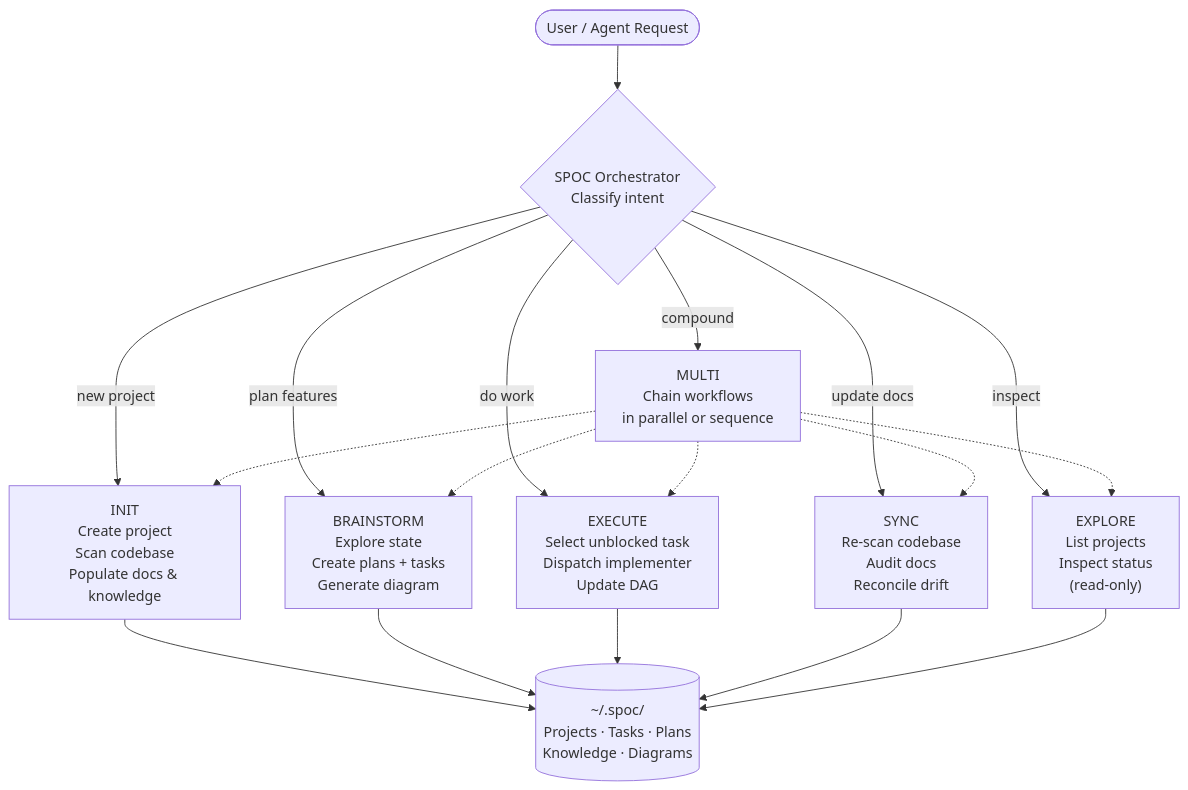
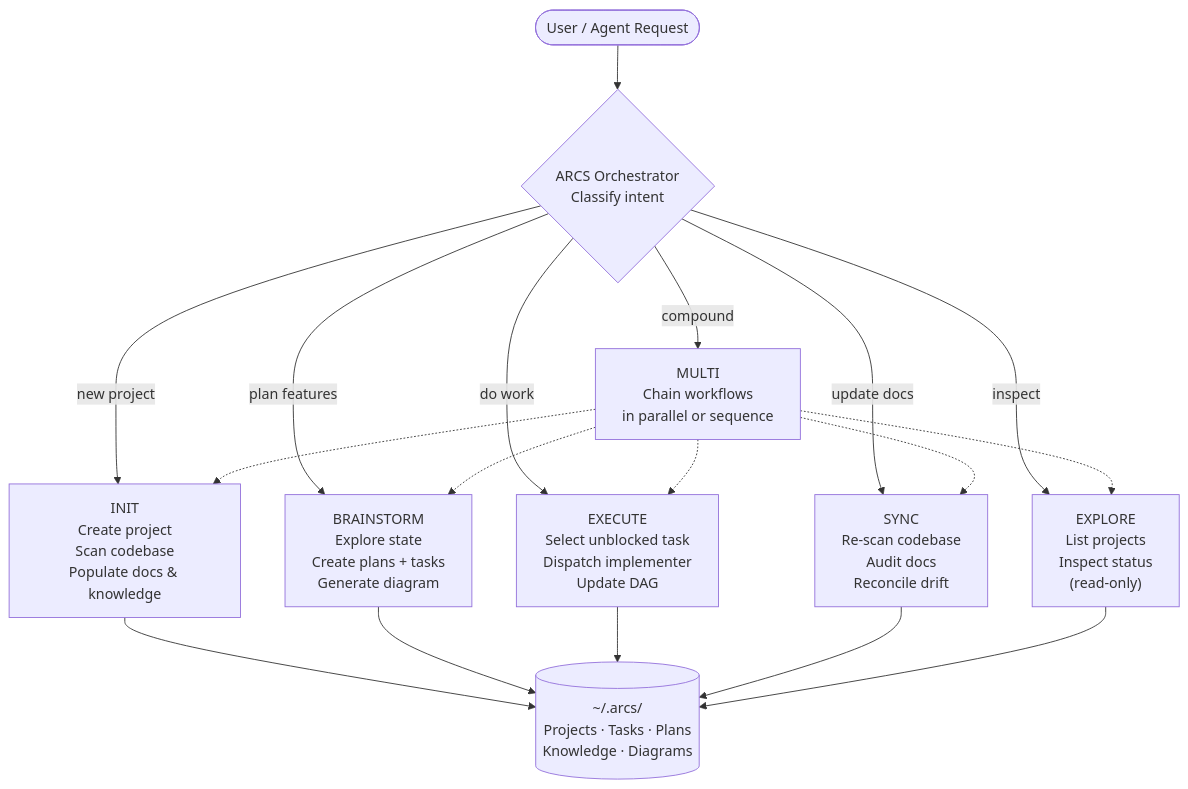
The second of 2 diagrams in README.md (rryando/SPOC), drawn with Mermaid before and after one commit. The commit also changed other lines of this file and 190 other files, not shown here.

First line of the commit message:
feat!: rebrand SPOC → ARCS, publish as @rryando/arcs

````diff
--- a/README.md
+++ b/README.md
@@ -40,26 +42,26 @@
 ```mermaid
 flowchart TD
     User(["User / Agent Request"])
-    Orch{"SPOC Orchestrator\nClassify intent"}
+    Orch{"ARCS Orchestrator\nClassify intent"}
 
     Init["INIT\nCreate project\nScan codebase\nPopulate docs & knowledge"]
     Brain["BRAINSTORM\nExplore state\nCreate plans + tasks\nGenerate diagram"]
     Exec["EXECUTE\nSelect unblocked task\nDispatch implementer\nUpdate DAG"]
     Sync["SYNC\nRe-scan codebase\nAudit docs\nReconcile drift"]
     Explore["EXPLORE\nList projects\nInspect status\n(read-only)"]
     Multi["MULTI\nChain workflows\nin parallel or sequence"]
 
-    DAG[("~/.spoc/\nProjects · Tasks · Plans\nKnowledge · Diagrams")]
+    DAG[("~/.arcs/\nProjects · Tasks · Plans\nKnowledge · Diagrams")]
 
     User --> Orch
     Orch -- "new project" --> Init
     Orch -- "plan features" --> Brain
     Orch -- "do work" --> Exec
     Orch -- "update docs" --> Sync
     Orch -- "inspect" --> Explore
     Orch -- "compound" --> Multi
 
     Multi -.-> Init & Brain & Exec & Sync & Explore
 
     Init & Brain & Exec & Sync & Explore --> DAG
 ```
````
